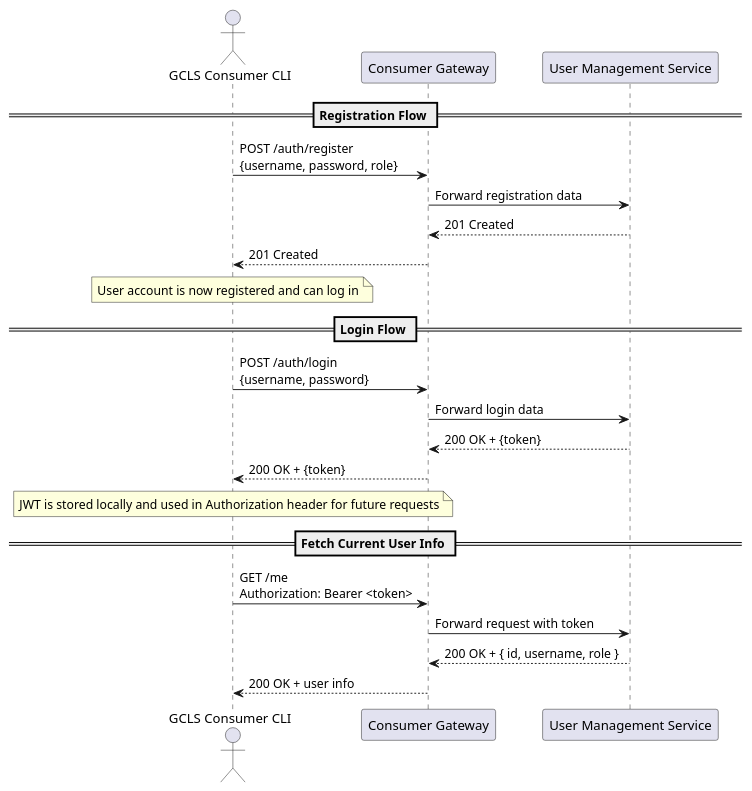
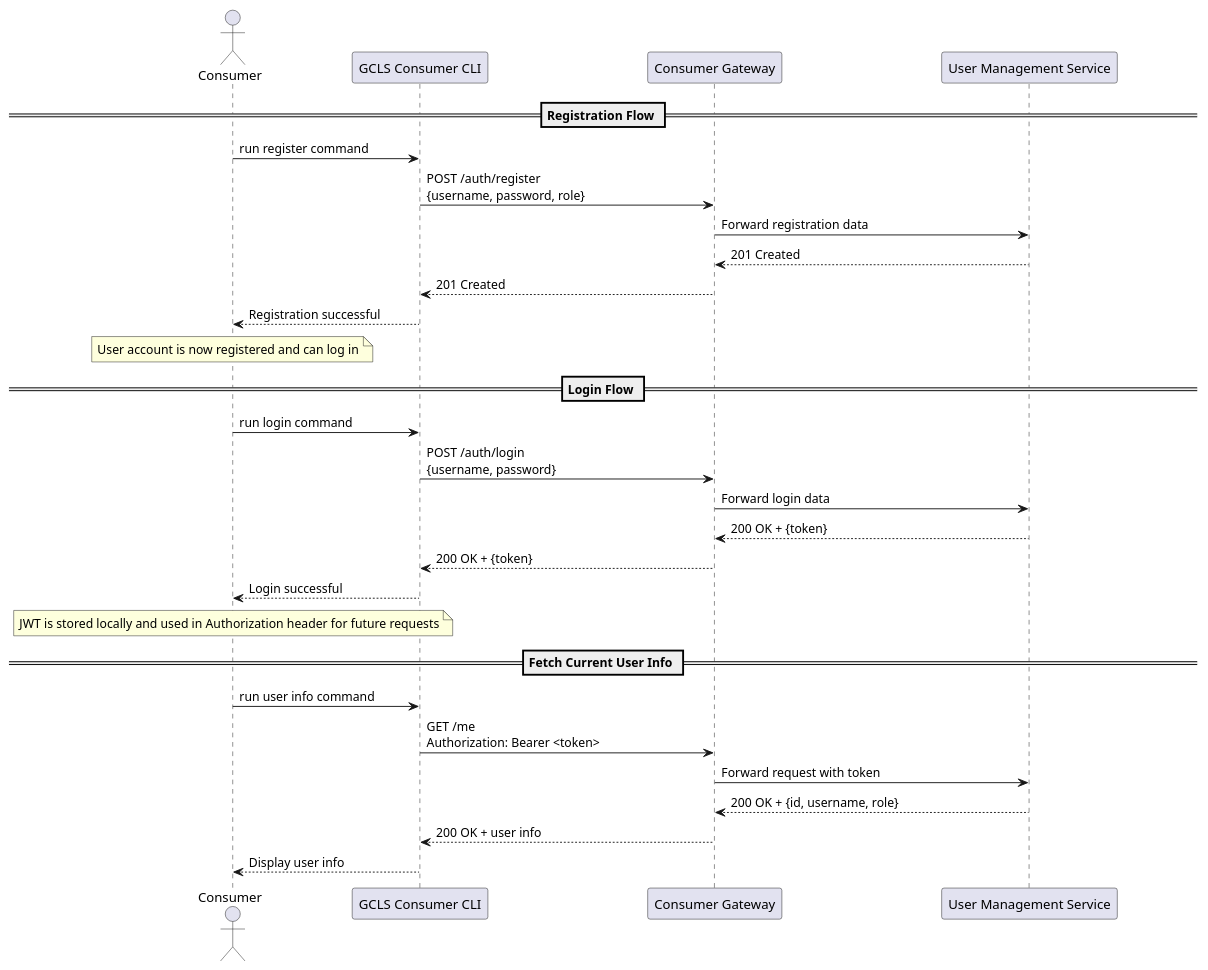
One commit to informatik-mannheim/cmg-ss2025 changed the diagram in docs/diagrams/login-consumer-cli.puml. Above: the diagram before and after it, drawn with PlantUML. The commit also changed 1 other file, not shown here.

Commit message:
Changed puml param and added consumer as an actor, since actor is not the cli tool

```diff
--- a/docs/diagrams/login-consumer-cli.puml
+++ b/docs/diagrams/login-consumer-cli.puml
@@ -1,35 +1,43 @@
-@startuml login-consumer-cli
+@startuml register-consumer-cli
 
 skinparam Shadowing false
-skinparam ParticipantPadding 20
+skinparam ParticipantPadding 80
 skinparam BoxPadding 10
 
-actor "GCLS Consumer CLI" as CLI
+actor "Consumer" as User
+participant "GCLS Consumer CLI" as CLI
 participant "Consumer Gateway" as Gateway
 participant "User Management Service" as UserMgmt
 
 == Registration Flow ==
 
+User -> CLI: run register command
 CLI -> Gateway: POST /auth/register\n{username, password, role}
 Gateway -> UserMgmt: Forward registration data
 UserMgmt --> Gateway: 201 Created
 Gateway --> CLI: 201 Created
+CLI --> User: Registration successful
 
-note over CLI: User account is now registered and can log in
+note over User: User account is now registered and can log in
 
 == Login Flow ==
 
+User -> CLI: run login command
 CLI -> Gateway: POST /auth/login\n{username, password}
 Gateway -> UserMgmt: Forward login data
 UserMgmt --> Gateway: 200 OK + {token}
 Gateway --> CLI: 200 OK + {token}
+CLI --> User: Login successful
 
-note over CLI: JWT is stored locally and used in Authorization header for future requests
+note over User: JWT is stored locally and used in Authorization header for future requests
 
 == Fetch Current User Info ==
+
+User -> CLI: run user info command
 CLI -> Gateway: GET /me\nAuthorization: Bearer <token>
 Gateway -> UserMgmt: Forward request with token
-UserMgmt --> Gateway: 200 OK + { id, username, role }
+UserMgmt --> Gateway: 200 OK + {id, username, role}
 Gateway --> CLI: 200 OK + user info
+CLI --> User: Display user info
 
 @enduml
```
